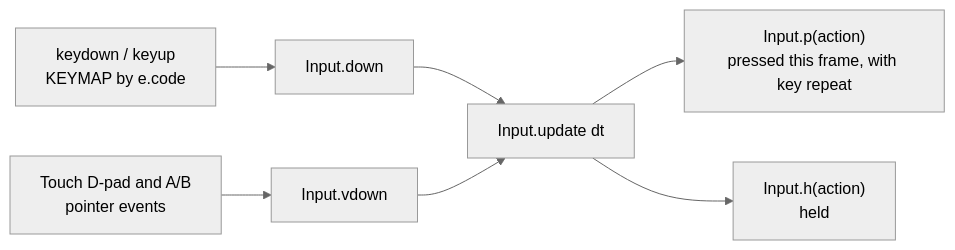
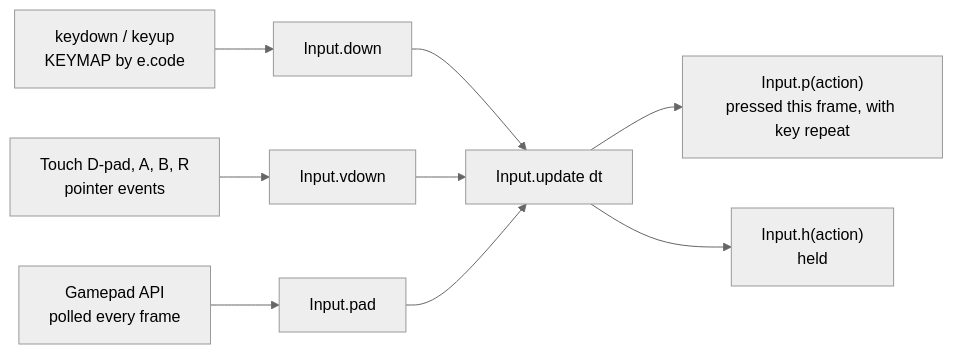
Before and after one commit to CptNope/Laternfall: the sixth of 13 diagrams in docs/ARCHITECTURE.md, drawn with Mermaid (neutral theme). The commit also changed other lines of this file and 22 other files, not shown here.

````diff
--- a/docs/ARCHITECTURE.md
+++ b/docs/ARCHITECTURE.md
@@ -207,9 +208,11 @@
 ```mermaid
 flowchart LR
     K[keydown / keyup<br/>KEYMAP by e.code] --> D[Input.down]
-    T[Touch D-pad and A/B<br/>pointer events] --> V[Input.vdown]
+    T[Touch D-pad, A, B, R<br/>pointer events] --> V[Input.vdown]
+    GP[Gamepad API<br/>polled every frame] --> PD[Input.pad]
     D --> U[Input.update dt]
     V --> U
+    PD --> U
     U --> P["Input.p(action)<br/>pressed this frame, with key repeat"]
     U --> Hh["Input.h(action)<br/>held"]
 ```
````
